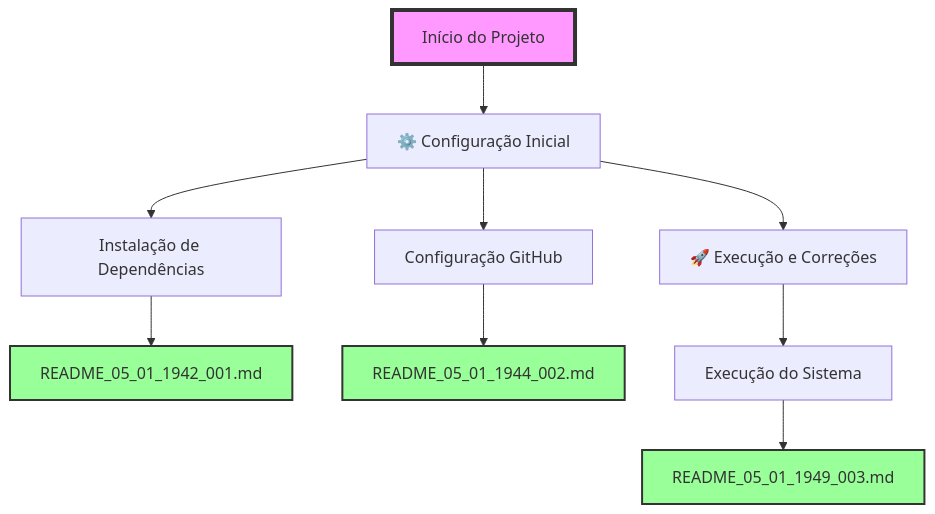
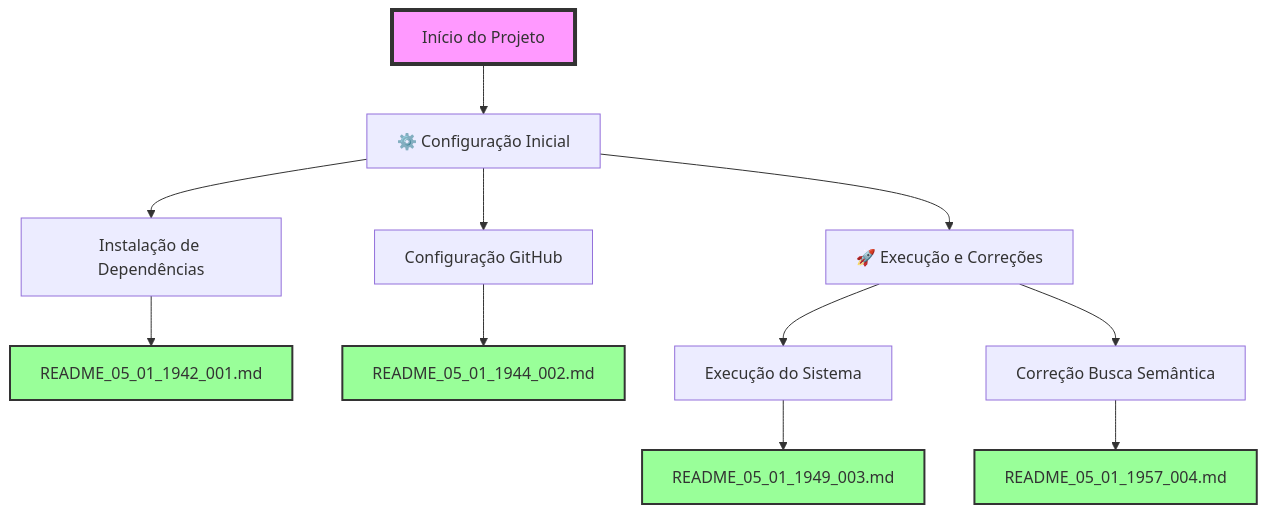
The diagram in FLUXOGRAMA.md (estival9999/auralis), drawn with Mermaid before and after one commit. The commit also changed other lines of this file and 15 other files, not shown here.

First line of the commit message:
[FEAT] Implementação de busca semântica local funcional

````diff
--- a/FLUXOGRAMA.md
+++ b/FLUXOGRAMA.md
@@ -13,17 +13,20 @@
 ```mermaid
 flowchart TD
     A[Início do Projeto] --> A1[⚙️ Configuração Inicial]
     A1 --> A1_1[Instalação de Dependências]
     A1_1 --> README1[README_05_01_1942_001.md]
     A1 --> A1_2[Configuração GitHub]
     A1_2 --> README2[README_05_01_1944_002.md]
     
     A1 --> A2[🚀 Execução e Correções]
     A2 --> A2_1[Execução do Sistema]
     A2_1 --> README3[README_05_01_1949_003.md]
+    A2 --> A2_2[Correção Busca Semântica]
+    A2_2 --> README4[README_05_01_1957_004.md]
     
     style A fill:#f9f,stroke:#333,stroke-width:4px
     style README1 fill:#9f9,stroke:#333,stroke-width:2px
     style README2 fill:#9f9,stroke:#333,stroke-width:2px
     style README3 fill:#9f9,stroke:#333,stroke-width:2px
+    style README4 fill:#9f9,stroke:#333,stroke-width:2px
 ```
````
